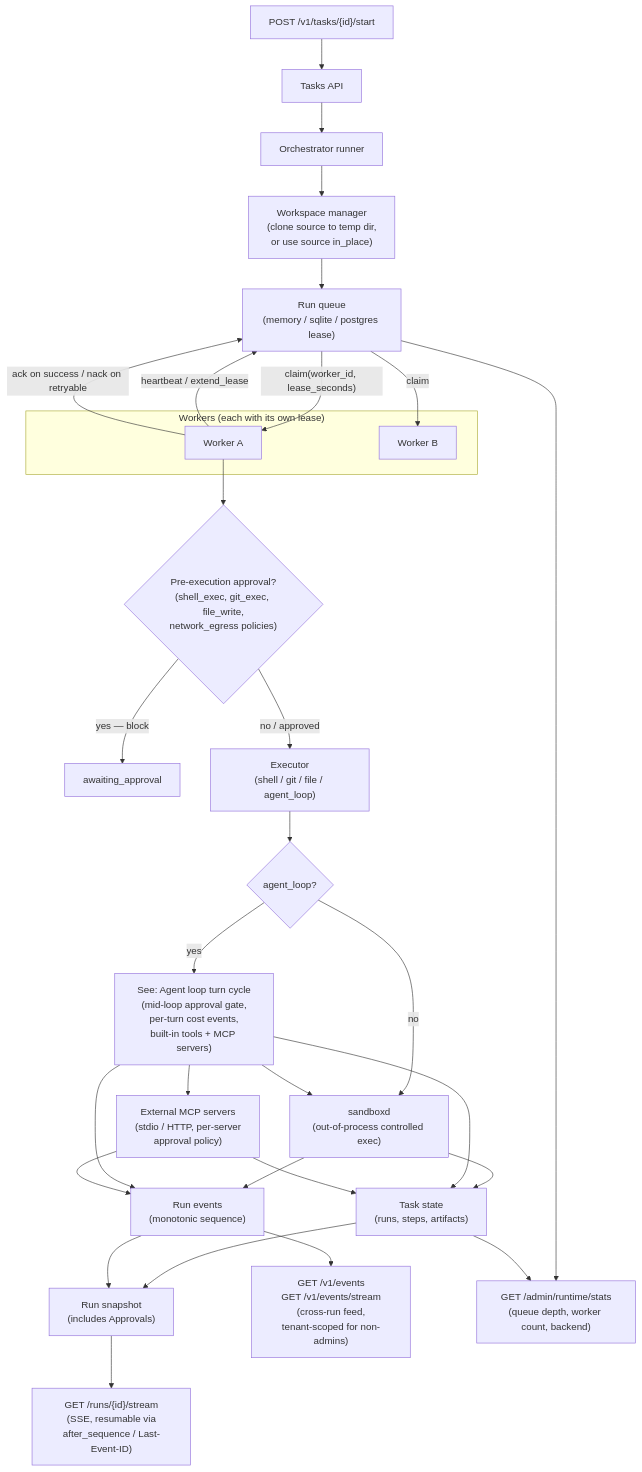
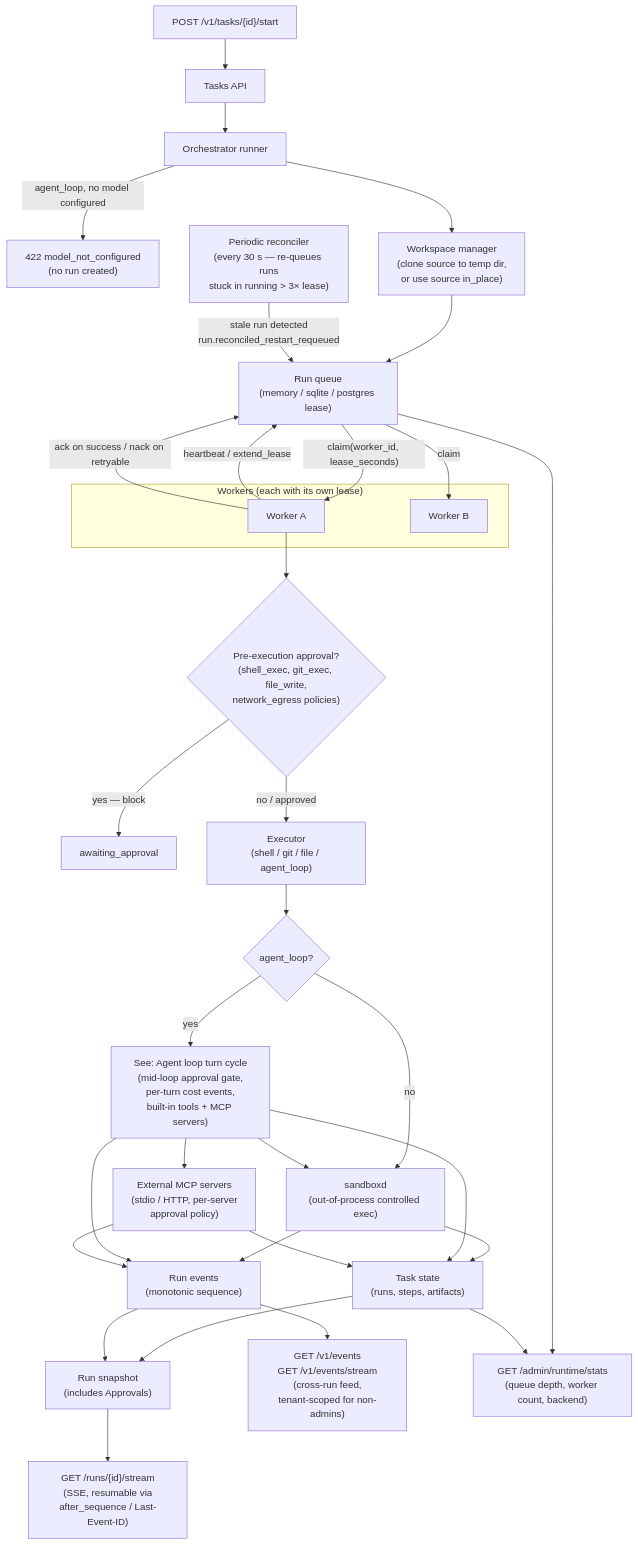
Before and after one commit to hecatehq/hecate: the second of 3 diagrams in docs/architecture.md, drawn with Mermaid. The commit also changed 1 other file, not shown here.

Commit message:
chore(agent): add diagram hygiene step to workflow; update task runtime diagram
workflow.md: add step 5 — check and update Mermaid diagrams in any
touched doc (or related doc whose subject changed) in the same commit,
not as a follow-up.

architecture.md: add model preflight 422 branch from Runner and
Periodic reconciler node to the task runtime flow diagram, reflecting
changes landed in feat(orchestrator) above.

[skip ci]

````diff
--- a/docs/architecture.md
+++ b/docs/architecture.md
@@ -59,43 +59,47 @@
 ```mermaid
 flowchart TD
     Caller["POST /v1/tasks/{id}/start"] --> TasksApi["Tasks API"]
     TasksApi --> Runner["Orchestrator runner"]
+    Runner -->|"agent_loop, no model configured"| ErrModel["422 model_not_configured<br/>(no run created)"]
     Runner --> Workspace["Workspace manager<br/>(clone source to temp dir,<br/>or use source in_place)"]
     Workspace --> Queue["Run queue<br/>(memory / sqlite / postgres lease)"]
+
+    Reconciler["Periodic reconciler<br/>(every 30 s — re-queues runs<br/>stuck in running > 3× lease)"]
+    Reconciler -->|"stale run detected<br/>run.reconciled_restart_requeued"| Queue
 
     subgraph Workers["Workers (each with its own lease)"]
         WorkerA["Worker A"]
         WorkerB["Worker B"]
     end
 
     Queue -->|"claim(worker_id, lease_seconds)"| WorkerA
     Queue -->|"claim"| WorkerB
     WorkerA -->|"heartbeat / extend_lease"| Queue
     WorkerA -->|"ack on success / nack on retryable"| Queue
 
     WorkerA --> PreApproval{"Pre-execution approval?<br/>(shell_exec, git_exec, file_write,<br/>network_egress policies)"}
     PreApproval -->|"yes — block"| Pending["awaiting_approval"]
     PreApproval -->|"no / approved"| Executor
 
     Executor["Executor<br/>(shell / git / file / agent_loop)"]
     Executor --> AgentLoop{"agent_loop?"}
     AgentLoop -->|"yes"| LoopRef["See: Agent loop turn cycle<br/>(mid-loop approval gate,<br/>per-turn cost events,<br/>built-in tools + MCP servers)"]
     AgentLoop -->|"no"| Sandboxd["sandboxd<br/>(out-of-process controlled exec)"]
     LoopRef --> Sandboxd
     LoopRef --> McpServers["External MCP servers<br/>(stdio / HTTP, per-server<br/>approval policy)"]
 
     Sandboxd --> State["Task state<br/>(runs, steps, artifacts)"]
     LoopRef --> State
     McpServers --> State
     Sandboxd --> RunEvents["Run events<br/>(monotonic sequence)"]
     LoopRef --> RunEvents
     McpServers --> RunEvents
 
     State --> Snapshot["Run snapshot<br/>(includes Approvals)"]
     RunEvents --> Snapshot
     Snapshot --> Stream["GET /runs/{id}/stream<br/>(SSE, resumable via<br/>after_sequence / Last-Event-ID)"]
     RunEvents --> PublicEvents["GET /v1/events<br/>GET /v1/events/stream<br/>(cross-run feed,<br/>tenant-scoped for non-admins)"]
 
     Queue --> Stats["GET /admin/runtime/stats<br/>(queue depth, worker count, backend)"]
     State --> Stats
 ```
````
